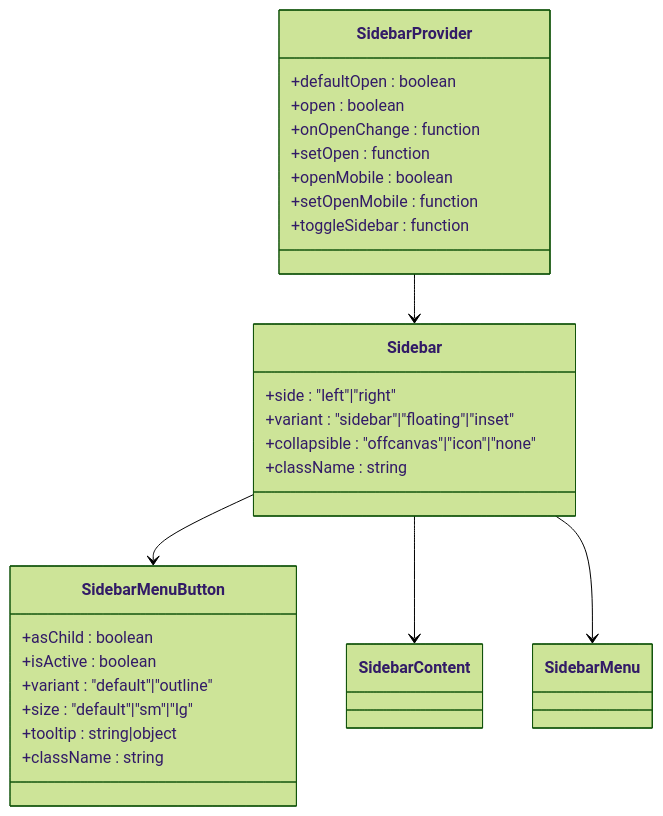
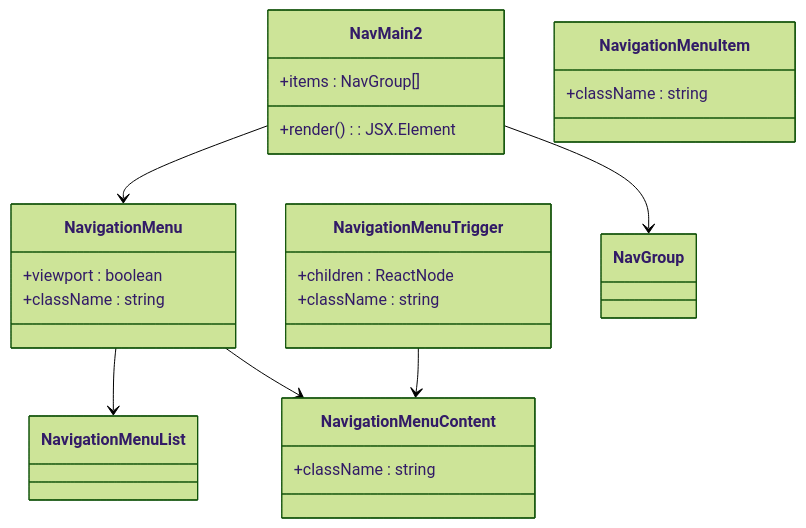
One commit to vincet0t15/template changed the ninth of 12 diagrams in .qoder/repowiki/en/content/Frontend Components & UI/Frontend Components & UI.md. Above: the diagram before and after it, drawn with Mermaid (forest theme). The commit also changed other lines of this file and 5 other files, not shown here.

````diff
--- a/.qoder/repowiki/en/content/Frontend Components & UI/Frontend Components & UI.md
+++ b/.qoder/repowiki/en/content/Frontend Components & UI/Frontend Components & UI.md
@@ -538,30 +531,26 @@
 ```mermaid
 classDiagram
-class SidebarProvider {
-+defaultOpen : boolean
-+open : boolean
-+onOpenChange : function
-+setOpen : function
-+openMobile : boolean
-+setOpenMobile : function
-+toggleSidebar : function
-}
-class Sidebar {
-+side : "left"|"right"
-+variant : "sidebar"|"floating"|"inset"
-+collapsible : "offcanvas"|"icon"|"none"
+class NavigationMenu {
++viewport : boolean
 +className : string
 }
-class SidebarMenuButton {
-+asChild : boolean
-+isActive : boolean
-+variant : "default"|"outline"
-+size : "default"|"sm"|"lg"
-+tooltip : string|object
+class NavMain2 {
++items : NavGroup[]
++render() : JSX.Element
+}
+class NavigationMenuTrigger {
++children : ReactNode
 +className : string
 }
-SidebarProvider --> Sidebar
-Sidebar --> SidebarMenuButton
-Sidebar --> SidebarContent
-Sidebar --> SidebarMenu
+class NavigationMenuContent {
++className : string
+}
+class NavigationMenuItem {
++className : string
+}
+NavigationMenu --> NavigationMenuList
+NavigationMenu --> NavigationMenuContent
+NavigationMenuTrigger --> NavigationMenuContent
+NavMain2 --> NavigationMenu
+NavMain2 --> NavGroup
 ```
````
